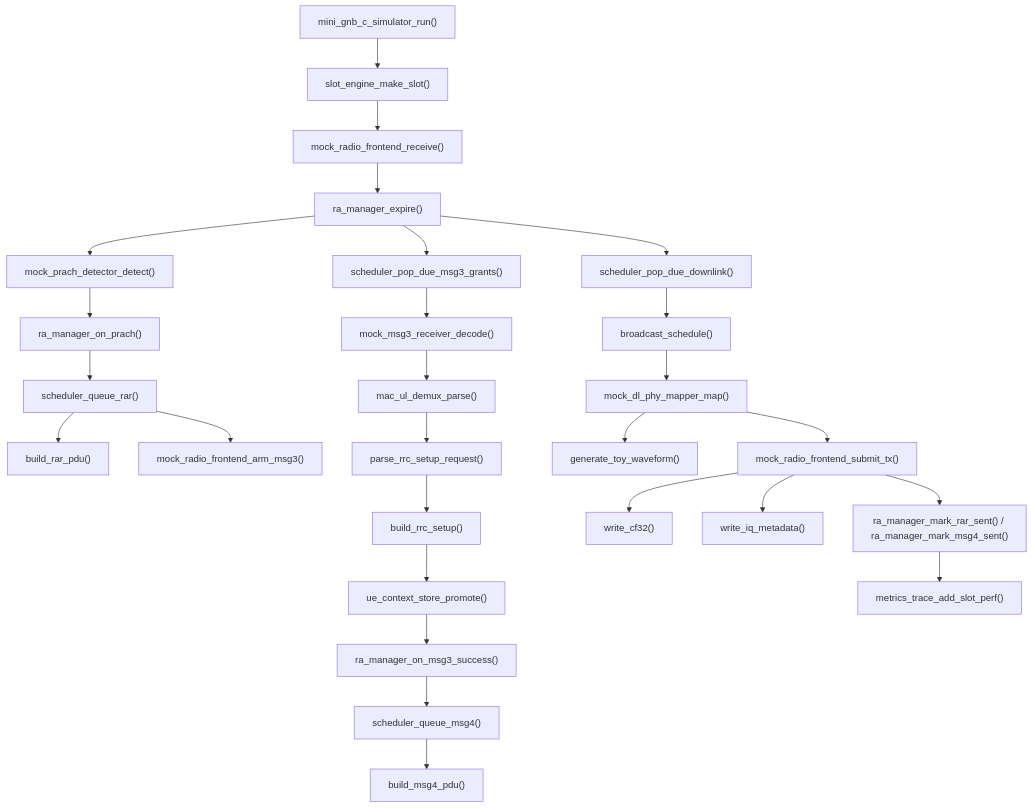
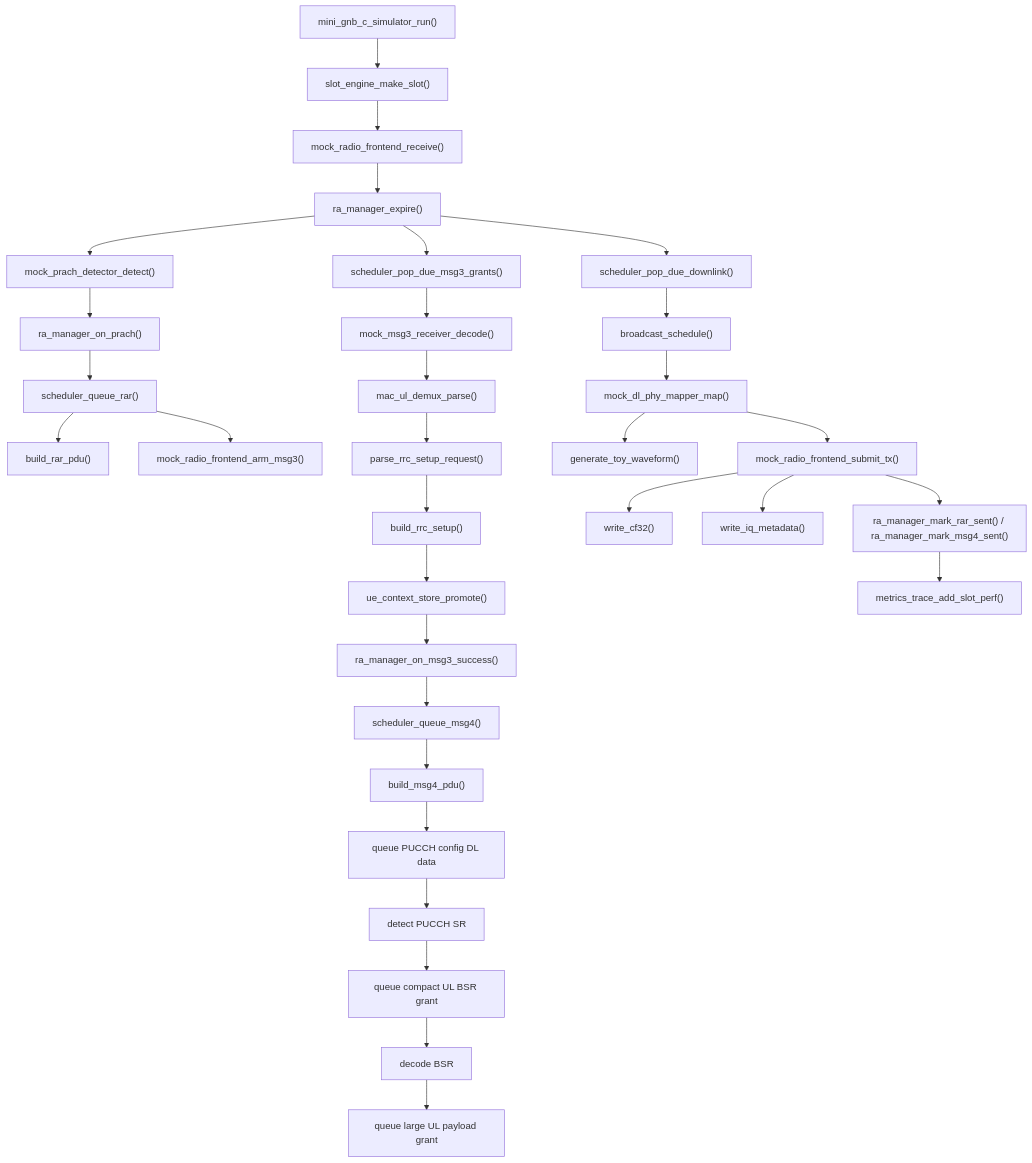
The second of 3 diagrams in gnb/gnb_c/architecture.md (BluePhragmites/codex), drawn with Mermaid before and after one commit. The commit also changed other lines of this file and 38 other files, not shown here.

Commit message:
Implement SR/BSR connected scheduling flow

````diff
--- a/gnb/gnb_c/architecture.md
+++ b/gnb/gnb_c/architecture.md
@@ -170,33 +176,38 @@
 ```mermaid
 flowchart TD
   A["mini_gnb_c_simulator_run()"] --> B["slot_engine_make_slot()"]
   B --> C["mock_radio_frontend_receive()"]
   C --> D["ra_manager_expire()"]
 
   D --> E["mock_prach_detector_detect()"]
   E --> F["ra_manager_on_prach()"]
   F --> G["scheduler_queue_rar()"]
   G --> G1["build_rar_pdu()"]
   G --> G2["mock_radio_frontend_arm_msg3()"]
 
   D --> H["scheduler_pop_due_msg3_grants()"]
   H --> I["mock_msg3_receiver_decode()"]
   I --> J["mac_ul_demux_parse()"]
   J --> K["parse_rrc_setup_request()"]
   K --> L["build_rrc_setup()"]
   L --> M["ue_context_store_promote()"]
   M --> N["ra_manager_on_msg3_success()"]
   N --> O["scheduler_queue_msg4()"]
   O --> O1["build_msg4_pdu()"]
+  O1 --> P1["queue PUCCH config DL data"]
+  P1 --> P2["detect PUCCH SR"]
+  P2 --> P3["queue compact UL BSR grant"]
+  P3 --> P4["decode BSR"]
+  P4 --> P5["queue large UL payload grant"]
 
   D --> P["scheduler_pop_due_downlink()"]
   P --> Q["broadcast_schedule()"]
   Q --> R["mock_dl_phy_mapper_map()"]
   R --> R1["generate_toy_waveform()"]
   R --> S["mock_radio_frontend_submit_tx()"]
   S --> S1["write_cf32()"]
   S --> S2["write_iq_metadata()"]
 
   S --> T["ra_manager_mark_rar_sent() / ra_manager_mark_msg4_sent()"]
   T --> U["metrics_trace_add_slot_perf()"]
 ```
````
